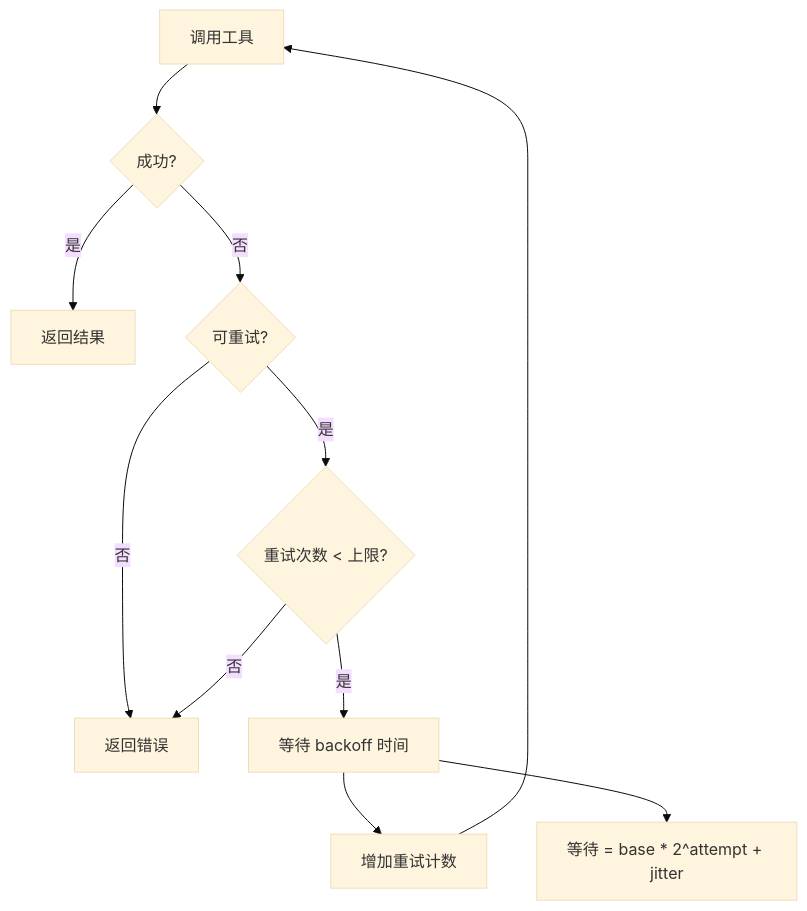
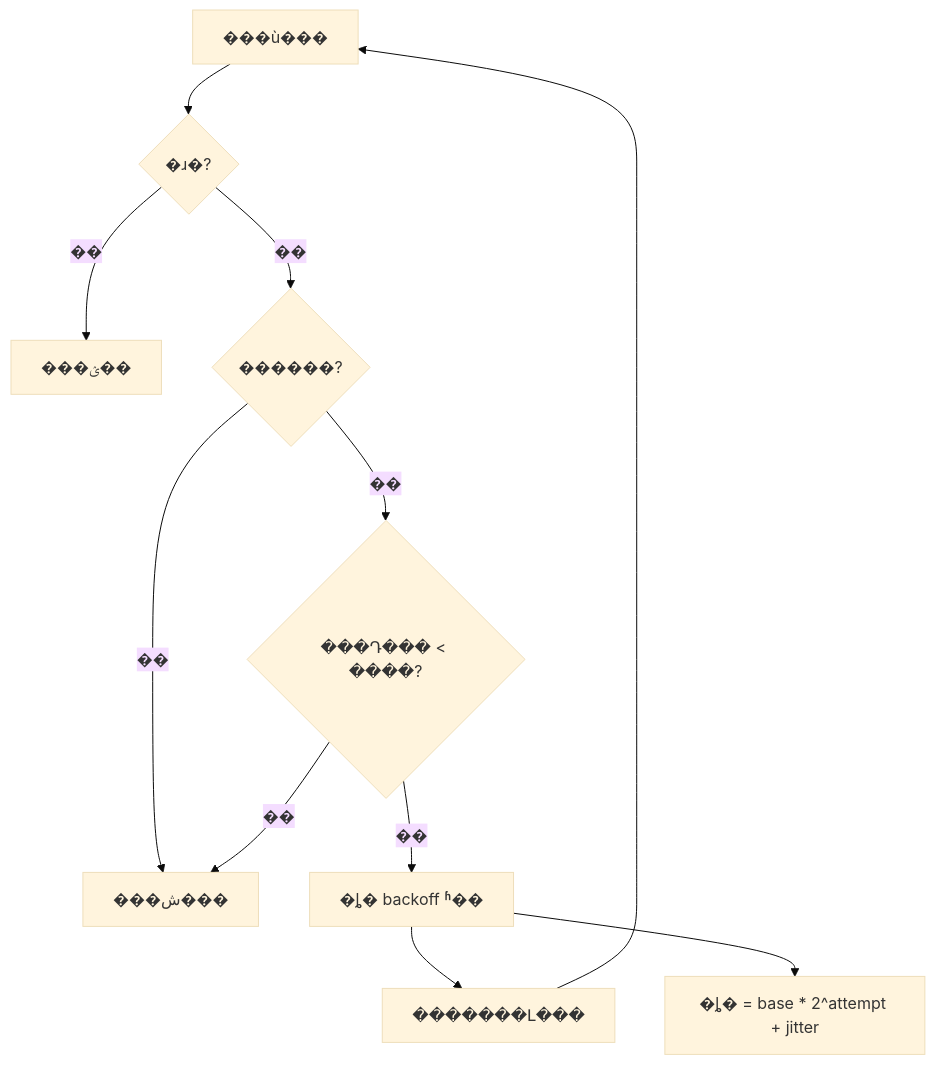
One commit to TimeHunter618/hugo-maid-dev changed the third of 9 diagrams in content/post/ai-interview/Agent工具调用失败如何处理.zh-CN.md. Above: the diagram before and after it, drawn with Mermaid (base theme). The commit also changed other lines of this file and 70 other files, not shown here.

````diff
--- a/content/post/ai-interview/Agent工具调用失败如何处理.zh-CN.md
+++ b/content/post/ai-interview/Agent工具调用失败如何处理.zh-CN.md
@@ -129,14 +129,14 @@
 ```mermaid
 graph TD
-    A[调用工具] --> B{成功?}
-    B -->|是| C[返回结果]
-    B -->|否| D{可重试?}
-    D -->|否| E[返回错误]
-    D -->|是| F{重试次数 < 上限?}
-    F -->|否| E
-    F -->|是| G[等待 backoff 时间]
-    G --> H[增加重试计数]
+    A[���ù���] --> B{�ɹ�?}
+    B -->|��| C[���ؽ��]
+    B -->|��| D{������?}
+    D -->|��| E[���ش���]
+    D -->|��| F{���Դ��� < ����?}
+    F -->|��| E
+    F -->|��| G[�ȴ� backoff ʱ��]
+    G --> H[�������Լ���]
     H --> A
 
-    G --> G1["等待 = base * 2^attempt + jitter"]
+    G --> G1["�ȴ� = base * 2^attempt + jitter"]
 ```
````
